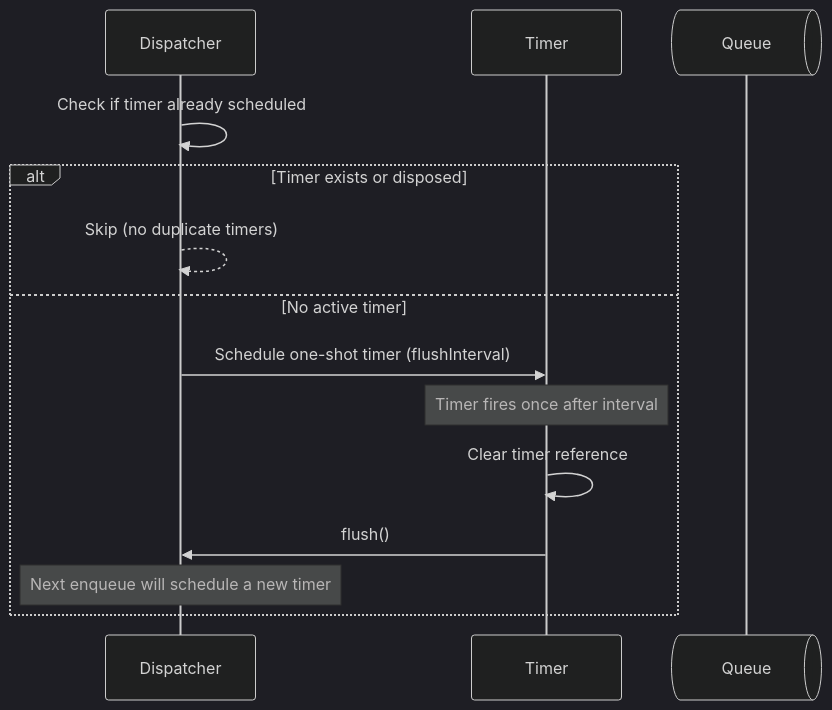
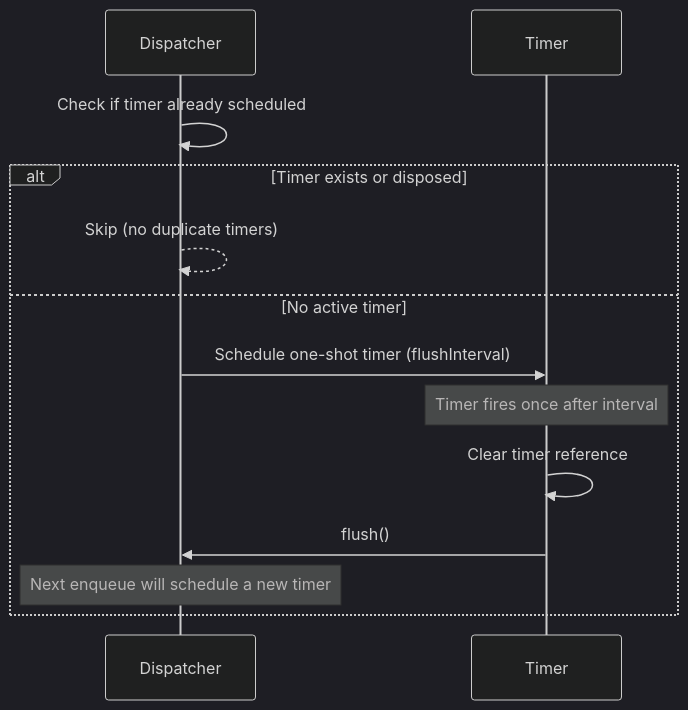
Before and after one commit to Tap30/ripple: the sixth of 9 diagrams in DESIGN_AND_CONTRACTS.md, drawn with Mermaid (dark theme). The commit also changed other lines of this file, not shown here.

Commit message:
Refactor queue to buffer in design document

````diff
--- a/DESIGN_AND_CONTRACTS.md
+++ b/DESIGN_AND_CONTRACTS.md
@@ -379,17 +378,16 @@
 ```mermaid
 sequenceDiagram
     participant Dispatcher
     participant Timer
-    participant Queue@{ "type" : "queue" }
 
     Dispatcher->>Dispatcher: Check if timer already scheduled
     alt Timer exists or disposed
         Dispatcher-->>Dispatcher: Skip (no duplicate timers)
     else No active timer
         Dispatcher->>Timer: Schedule one-shot timer (flushInterval)
         Note over Timer: Timer fires once after interval
         Timer->>Timer: Clear timer reference
         Timer->>Dispatcher: flush()
         Note over Dispatcher: Next enqueue will schedule a new timer
     end
 ```
````
